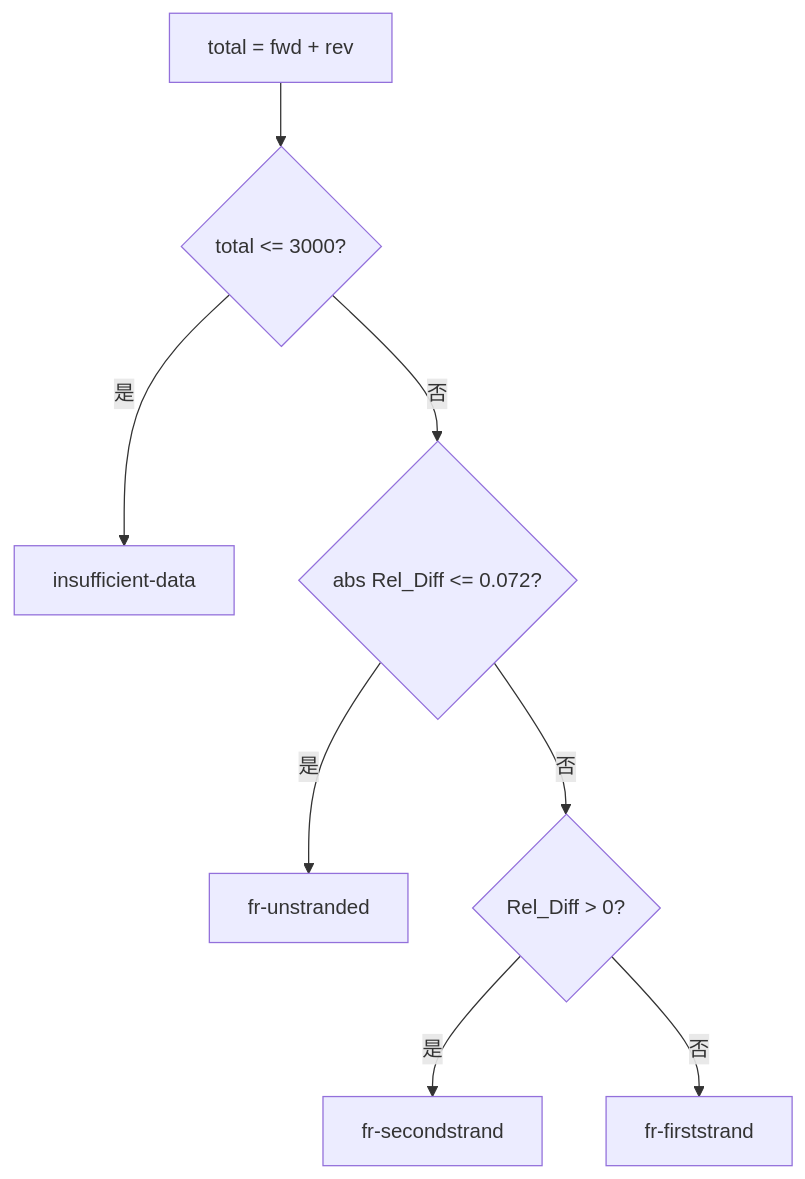
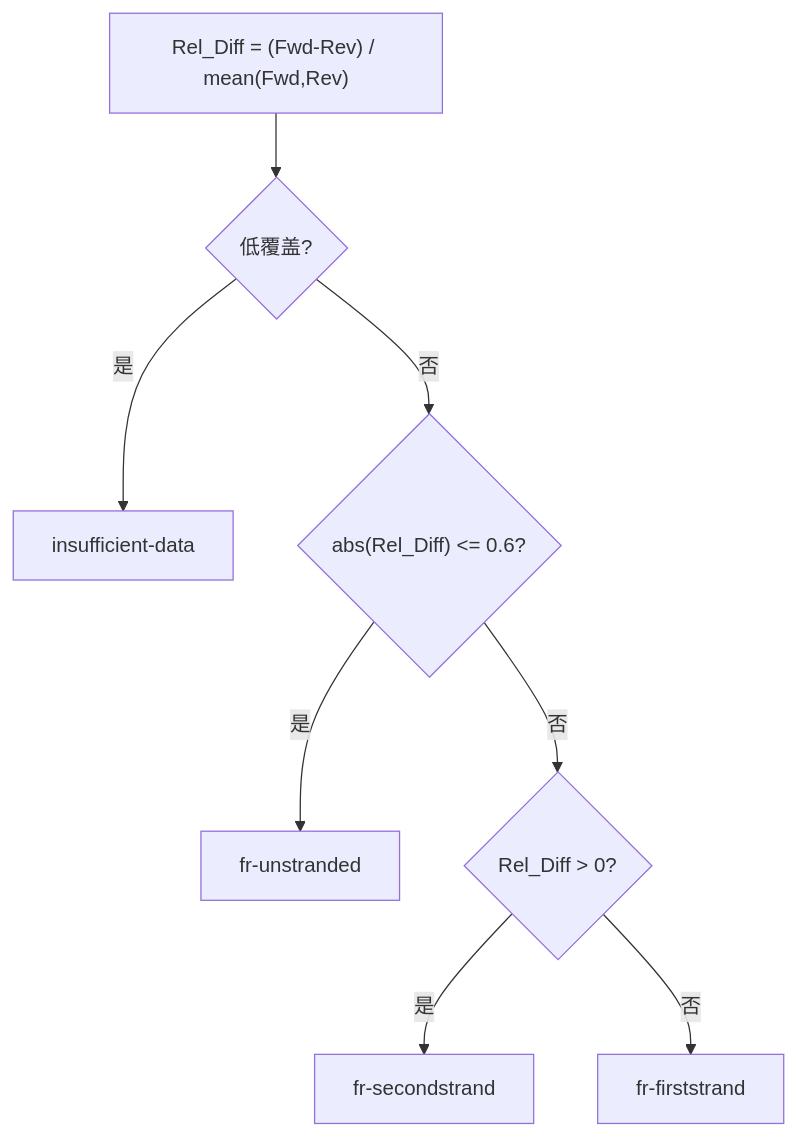
The third of 3 diagrams in README_zh.md (yudalang3/resolveS), drawn with Mermaid before and after one commit. The commit also changed other lines of this file and 1 other file, not shown here.

````diff
--- a/README_zh.md
+++ b/README_zh.md
@@ -296,10 +227,10 @@
 ```mermaid
 flowchart TD
-    A["total = fwd + rev"] --> B{"total <= 3000?"}
+    A["Rel_Diff = (Fwd-Rev) / mean(Fwd,Rev)"] --> B{"低覆盖?"}
     B -->|是| C["insufficient-data"]
-    B -->|否| D{"abs Rel_Diff <= 0.072?"}
+    B -->|否| D{"abs(Rel_Diff) <= 0.6?"}
     D -->|是| E["fr-unstranded"]
     D -->|否| F{"Rel_Diff > 0?"}
     F -->|是| G["fr-secondstrand"]
     F -->|否| H["fr-firststrand"]
 ```
````
